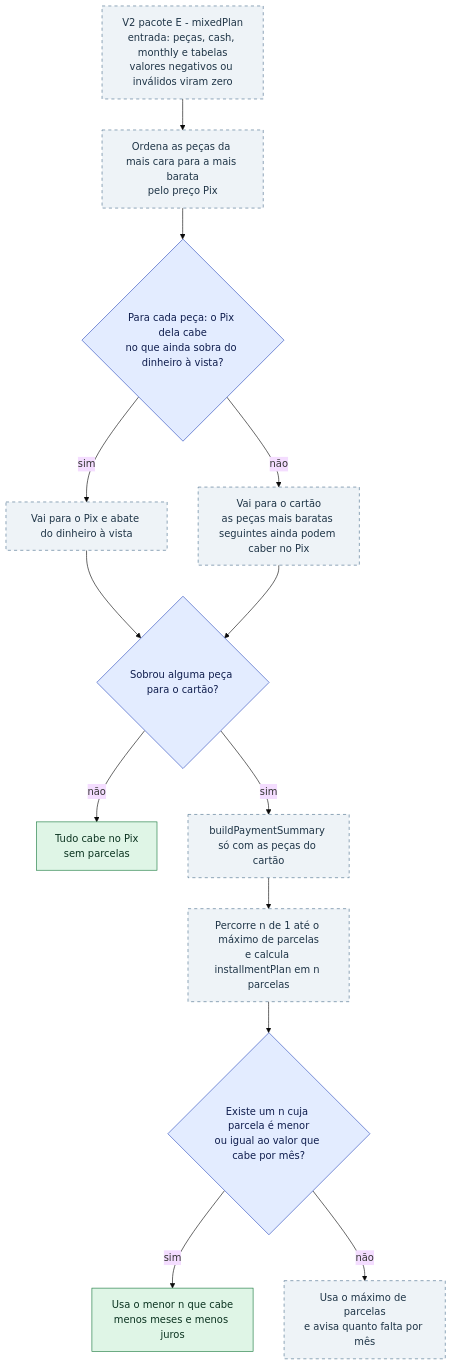
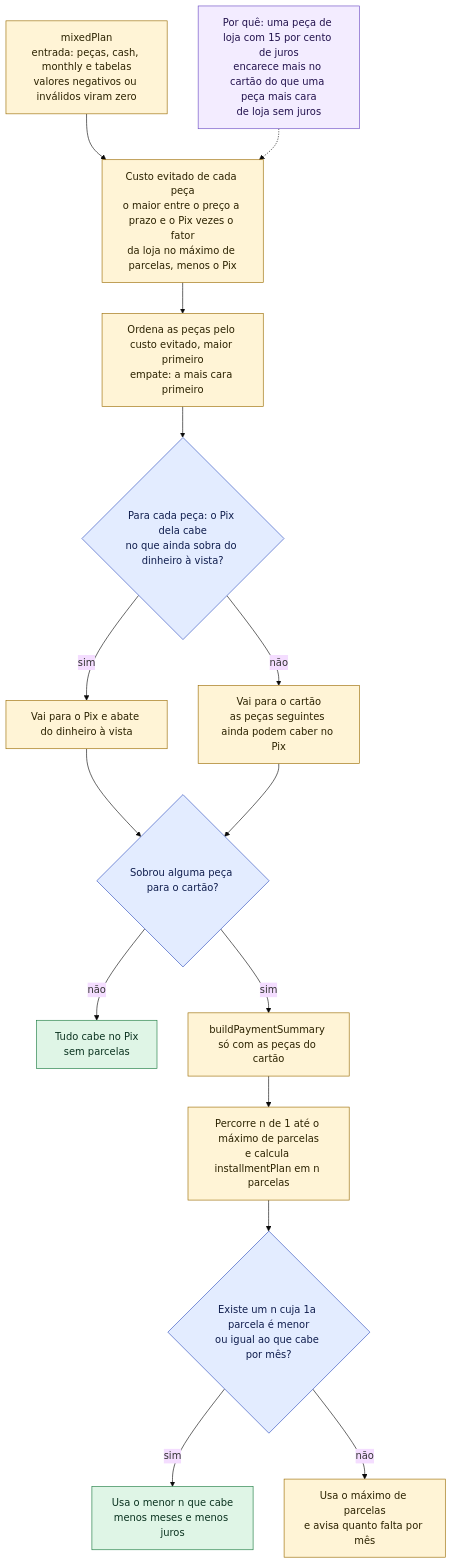
One commit to FEJAPA/Garimpo-PC changed the fourth of 4 diagrams in docs/diagramas/fluxo-pagamento.md. Above: the diagram before and after it, drawn with Mermaid (base theme). The commit also changed other lines of this file and 13 other files, not shown here.

````diff
--- a/docs/diagramas/fluxo-pagamento.md
+++ b/docs/diagramas/fluxo-pagamento.md
@@ -159,20 +180,24 @@
 ```mermaid
 flowchart TD
-    classDef v2pronto fill:#eef3f7,stroke:#4f7390,stroke-dasharray:5 5,color:#1f3547
+    classDef passo fill:#fff4d6,stroke:#9a6b00,color:#2b2200
     classDef decisao fill:#e3ecff,stroke:#2f4fbf,color:#0f1d4d
     classDef ok fill:#dff5e6,stroke:#1b7a3f,color:#0b3320
+    classDef regra fill:#f3ecff,stroke:#6a4bc4,color:#22124d
 
-    M0["V2 pacote E - mixedPlan<br/>entrada: peças, cash, monthly e tabelas<br/>valores negativos ou inválidos viram zero"]:::v2pronto
-    M0 --> M1["Ordena as peças da mais cara para a mais barata<br/>pelo preço Pix"]:::v2pronto
-    M1 --> M2{"Para cada peça: o Pix dela cabe<br/>no que ainda sobra do dinheiro à vista?"}:::decisao
-    M2 -->|"sim"| M3["Vai para o Pix e abate do dinheiro à vista"]:::v2pronto
-    M2 -->|"não"| M4["Vai para o cartão<br/>as peças mais baratas seguintes ainda podem caber no Pix"]:::v2pronto
-    M3 --> M5
-    M4 --> M5{"Sobrou alguma peça para o cartão?"}:::decisao
-    M5 -->|"não"| M6["Tudo cabe no Pix<br/>sem parcelas"]:::ok
-    M5 -->|"sim"| M7["buildPaymentSummary só com as peças do cartão"]:::v2pronto
-    M7 --> M8["Percorre n de 1 até o máximo de parcelas<br/>e calcula installmentPlan em n parcelas"]:::v2pronto
-    M8 --> M9{"Existe um n cuja parcela é menor<br/>ou igual ao valor que cabe por mês?"}:::decisao
-    M9 -->|"sim"| M10["Usa o menor n que cabe<br/>menos meses e menos juros"]:::ok
-    M9 -->|"não"| M11["Usa o máximo de parcelas<br/>e avisa quanto falta por mês"]:::v2pronto
+    M0["mixedPlan<br/>entrada: peças, cash, monthly e tabelas<br/>valores negativos ou inválidos viram zero"]:::passo
+    M0 --> M1["Custo evitado de cada peça<br/>o maior entre o preço a prazo e o Pix vezes o fator<br/>da loja no máximo de parcelas, menos o Pix"]:::passo
+    R1["Por quê: uma peça de loja com 15 por cento de juros<br/>encarece mais no cartão do que uma peça mais cara<br/>de loja sem juros"]:::regra
+    R1 -.-> M1
+    M1 --> M2["Ordena as peças pelo custo evitado, maior primeiro<br/>empate: a mais cara primeiro"]:::passo
+    M2 --> M3{"Para cada peça: o Pix dela cabe<br/>no que ainda sobra do dinheiro à vista?"}:::decisao
+    M3 -->|"sim"| M4["Vai para o Pix e abate do dinheiro à vista"]:::passo
+    M3 -->|"não"| M5["Vai para o cartão<br/>as peças seguintes ainda podem caber no Pix"]:::passo
+    M4 --> M6
+    M5 --> M6{"Sobrou alguma peça para o cartão?"}:::decisao
+    M6 -->|"não"| M7["Tudo cabe no Pix<br/>sem parcelas"]:::ok
+    M6 -->|"sim"| M8["buildPaymentSummary só com as peças do cartão"]:::passo
+    M8 --> M9["Percorre n de 1 até o máximo de parcelas<br/>e calcula installmentPlan em n parcelas"]:::passo
+    M9 --> M10{"Existe um n cuja 1a parcela é menor<br/>ou igual ao que cabe por mês?"}:::decisao
+    M10 -->|"sim"| M11["Usa o menor n que cabe<br/>menos meses e menos juros"]:::ok
+    M10 -->|"não"| M12["Usa o máximo de parcelas<br/>e avisa quanto falta por mês"]:::passo
 ```
````
